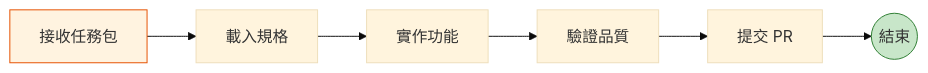
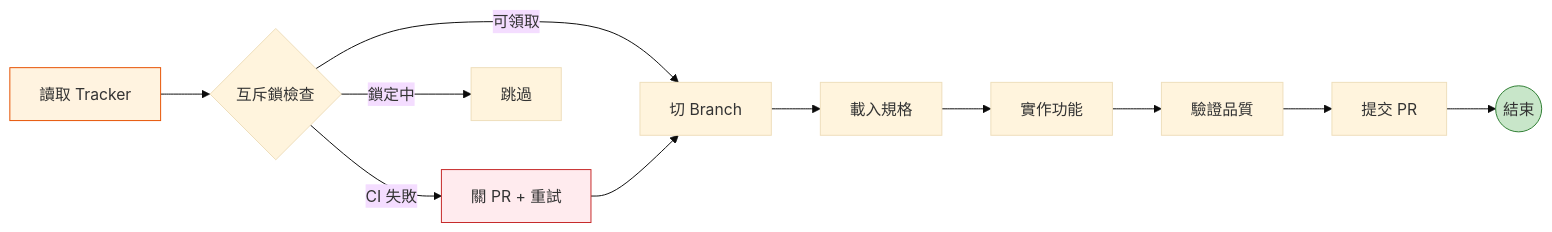
The diagram in docs/worker-protocol.qmd (tibame201020/app-generator), drawn with Mermaid (base theme) before and after one commit. The commit also changed other lines of this file and 4 other files, not shown here.

Commit message:
docs: synchronize README, CHANGELOG, Quarto portal with 6-Role architecture and Dispatcher instructor pattern

````diff
--- a/docs/worker-protocol.qmd
+++ b/docs/worker-protocol.qmd
@@ -14,11 +18,17 @@
 ```{mermaid}
 graph LR
-    Receive[接收任務包] --> Load[載入規格]
-    Load --> Impl[實作功能]
-    Impl --> Validate[驗證品質]
-    Validate --> PR[提交 PR]
+    Read[讀取 Tracker] --> Lock{互斥鎖檢查}
+    Lock -- 可領取 --> Branch[切 Branch]
+    Lock -- CI 失敗 --> Recover[關 PR + 重試]
+    Lock -- 鎖定中 --> Skip[跳過]
+    Branch --> Spec[載入規格]
+    Spec --> Impl[實作功能]
+    Recover --> Branch
+    Impl --> Test[驗證品質]
+    Test --> PR[提交 PR]
     PR --> Done((結束))
-    
-    style Receive fill:#fff3e0,stroke:#e65100
+
+    style Read fill:#fff3e0,stroke:#e65100
+    style Recover fill:#ffebee,stroke:#c62828
     style Done fill:#c8e6c9,stroke:#2e7d32
 ```
````
